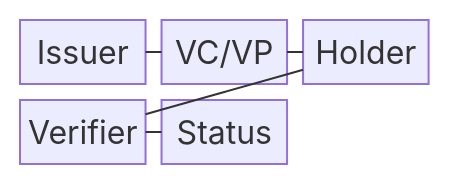
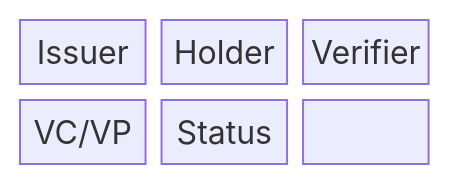
One commit to agnusdei1207/knowledge-base changed the first of 2 diagrams in src/content/docs/notes/08-latest-tech/221_verifiable_credential.md. Above: the diagram before and after it, drawn with Mermaid. The commit also changed other lines of this file and 228 other files, not shown here.

````diff
--- a/src/content/docs/notes/08-latest-tech/221_verifiable_credential.md
+++ b/src/content/docs/notes/08-latest-tech/221_verifiable_credential.md
@@ -51,13 +50,11 @@
 ```mermaid
 block-beta
   columns 3
-  A["Issuer"]
-  B["VC/VP"]
-  C["Holder"]
-  D["Verifier"]
-  E["Status"]
-  A --- B
-  B --- C
-  C --- D
-  E --- D
+  N0["Issuer"]
+  N1["Holder"]
+  N2["Verifier"]
+  N3["VC/VP"]
+  N4["Status"]
+  N0 --- N1 --- N2
+  N2 --- N3 --- N4
 ```
````
